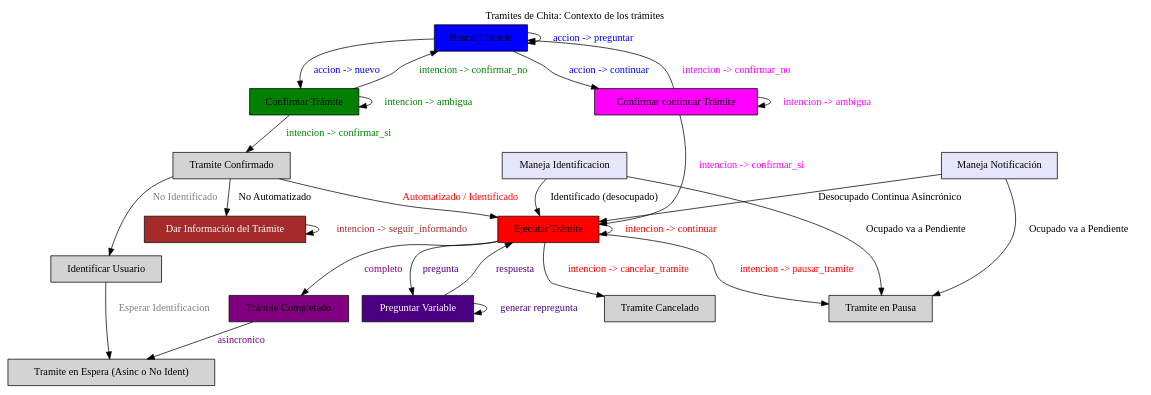
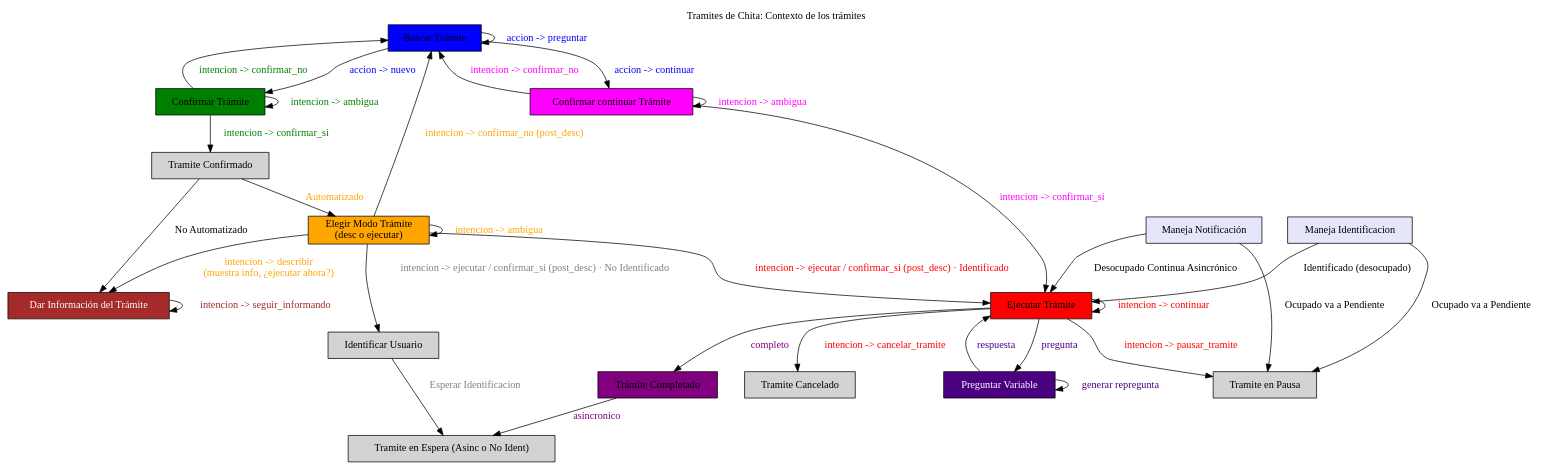
Before and after one commit to vaucheret/cheetha: the diagram in fasesllm.dot, drawn with Graphviz. The commit also changed 19 other files, not shown here.

```diff
--- a/fasesllm.dot
+++ b/fasesllm.dot
@@ -1,59 +1,65 @@
 digraph chat_assistant {
     rankdir=TB;
     labelloc="t";
     label="Tramites de Chita: Contexto de los trámites";
 
     node [shape=box, style=filled];
     
     // Fases existentes
     buscar_tramite [label="Buscar Trámite" shape=box fillcolor=blue];
     confirmar_continuar_tramite [label="Confirmar continuar Trámite" shape=box fillcolor=magenta];
     confirmar_tramite [label="Confirmar Trámite" shape=box fillcolor=green];
     ejecutar_tramite [label="Ejecutar Trámite" shape=box fillcolor=red];
     informar_tramite [label="Dar Información del Trámite" shape=box fillcolor=brown,fontcolor=white];
     tramite_completado [label="Trámite Completado" shape=box fillcolor=purple ];
     preguntar_variable [label="Preguntar Variable" shape=box fillcolor=indigo,fontcolor=white];
     tramite_confirmado [label="Tramite Confirmado" shape=box];
+    elegir_modo_tramite [label="Elegir Modo Trámite\n(desc o ejecutar)" shape=box fillcolor=orange];
     identificar_usuario [label="Identificar Usuario" shape=box];
     en_pausa [label="Tramite en Pausa" shape=box ];
     en_espera [label="Tramite en Espera (Asinc o No Ident)" ];
     cancelado [label="Tramite Cancelado" shape=box ];
     handler_notificacion [label="Maneja Notificación" shape=box fillcolor=lavender];
     handler_identificacion [label="Maneja Identificacion" shape=box fillcolor=lavender];
     // Transiciones
 
     buscar_tramite -> confirmar_continuar_tramite [label="accion -> continuar" fontcolor=blue];
     buscar_tramite -> confirmar_tramite [label="accion -> nuevo" fontcolor=blue];
     buscar_tramite -> buscar_tramite [label="accion -> preguntar" fontcolor=blue];
     
     confirmar_tramite -> tramite_confirmado [label="intencion -> confirmar_si" fontcolor=green];
 
-    tramite_confirmado -> ejecutar_tramite [label="Automatizado / Identificado" fontcolor=red];
-    tramite_confirmado -> identificar_usuario [label="No Identificado" fontcolor=gray ];
+    tramite_confirmado -> elegir_modo_tramite [label="Automatizado" fontcolor=orange];
     tramite_confirmado -> informar_tramite [label="No Automatizado" fontcolor=black ];
+
+    elegir_modo_tramite -> informar_tramite [label="intencion -> describir\n(muestra info, ¿ejecutar ahora?)" fontcolor=orange];
+    elegir_modo_tramite -> elegir_modo_tramite [label="intencion -> ambigua" fontcolor=orange];
+    elegir_modo_tramite -> ejecutar_tramite [label="intencion -> ejecutar / confirmar_si (post_desc) · Identificado" fontcolor=red];
+    elegir_modo_tramite -> identificar_usuario [label="intencion -> ejecutar / confirmar_si (post_desc) · No Identificado" fontcolor=gray];
+    elegir_modo_tramite -> buscar_tramite [label="intencion -> confirmar_no (post_desc)" fontcolor=orange];
 
     identificar_usuario -> en_espera [label="Esperar Identificacion" fontcolor=gray ];
     informar_tramite -> informar_tramite [label="intencion -> seguir_informando" fontcolor=brown ];
 
     confirmar_tramite -> buscar_tramite [label="intencion -> confirmar_no" fontcolor=green];
     confirmar_tramite -> confirmar_tramite [label="intencion -> ambigua" fontcolor=green];
     
     confirmar_continuar_tramite -> ejecutar_tramite [label="intencion -> confirmar_si" fontcolor=magenta];
     confirmar_continuar_tramite -> buscar_tramite [label="intencion -> confirmar_no" fontcolor=magenta];
     confirmar_continuar_tramite -> confirmar_continuar_tramite [label="intencion -> ambigua" fontcolor=magenta];
 
     ejecutar_tramite -> en_pausa [label="intencion -> pausar_tramite" fontcolor=red];
     ejecutar_tramite -> cancelado [label="intencion -> cancelar_tramite" fontcolor=red];
     ejecutar_tramite -> ejecutar_tramite [label="intencion -> continuar" fontcolor=red];
     ejecutar_tramite -> tramite_completado [label="completo" fontcolor=purple];
     ejecutar_tramite -> preguntar_variable [label="pregunta" fontcolor=indigo ];
     preguntar_variable -> preguntar_variable [label="generar repregunta" fontcolor=indigo];
     preguntar_variable -> ejecutar_tramite [label="respuesta" fontcolor=indigo];
 
     tramite_completado -> en_espera [label="asincronico" fontcolor=purple] ;
 
     handler_identificacion -> ejecutar_tramite [label="Identificado (desocupado)" fontcolor=black] ;
     handler_identificacion -> en_pausa [label="Ocupado va a Pendiente" fontcolor=black];
     handler_notificacion -> ejecutar_tramite [label="Desocupado Continua Asincrónico" fontcolor=black];
     handler_notificacion -> en_pausa [label="Ocupado va a Pendiente" fontcolor=black];
 }
```
